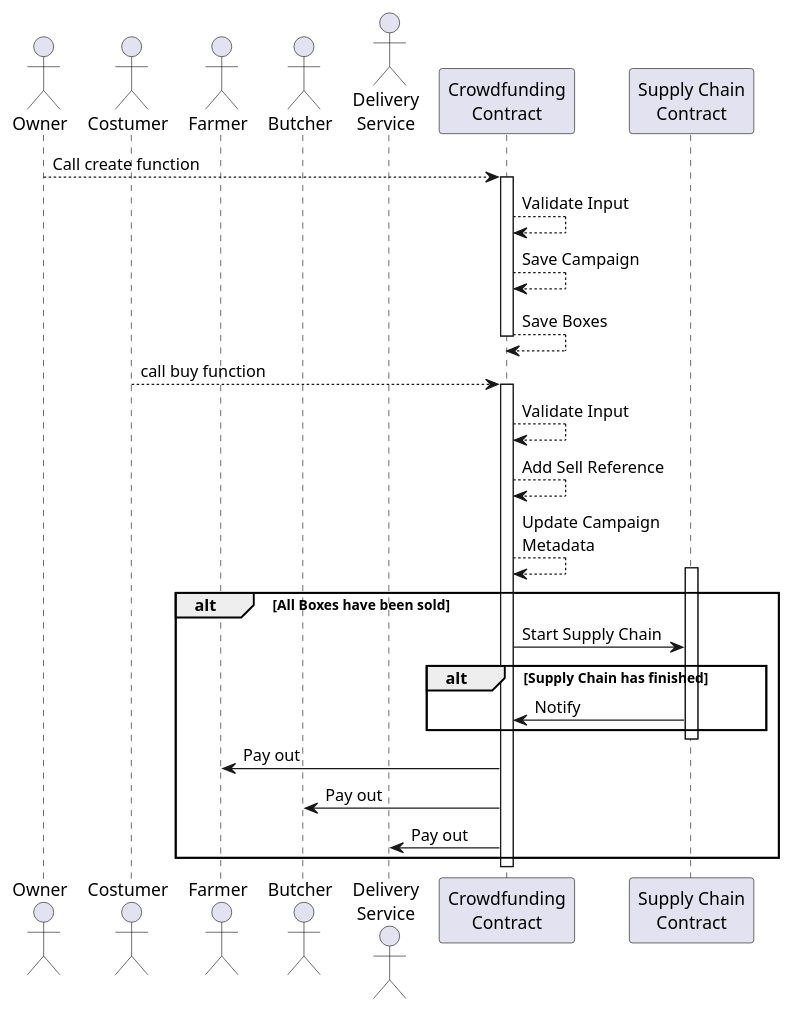
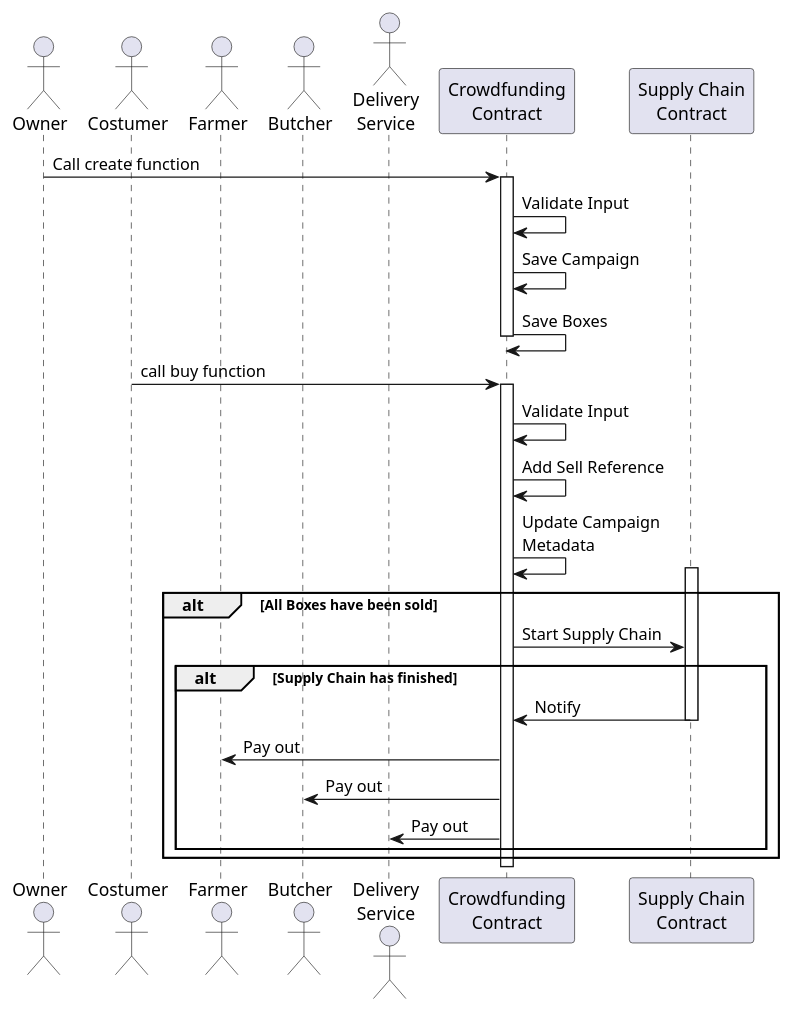
Before and after one commit to mstolin/146157_Blockchain: the diagram in docs/crowdfundingSequence.plantuml, drawn with PlantUML. The commit also changed 3 other files, not shown here.

Commit message:
Updated sequence diagrams

```diff
--- a/docs/crowdfundingSequence.plantuml
+++ b/docs/crowdfundingSequence.plantuml
@@ -1,37 +1,36 @@
 @startuml
 actor Owner as owner
 actor Costumer as customer
 actor Farmer as farmer
 actor Butcher as butcher
 actor "Delivery\nService" as delivery
 participant "Crowdfunding\nContract" as crowdContract
 participant "Supply Chain\nContract" as supplyContract
 
-owner --> crowdContract: Call create function
+owner -> crowdContract: Call create function
 activate crowdContract
-crowdContract --> crowdContract: Validate Input
-crowdContract --> crowdContract: Save Campaign
-crowdContract --> crowdContract: Save Boxes
+crowdContract -> crowdContract: Validate Input
+crowdContract -> crowdContract: Save Campaign
+crowdContract -> crowdContract: Save Boxes
 deactivate crowdContract
 
-customer --> crowdContract: call buy function
+customer -> crowdContract: call buy function
 activate crowdContract
-crowdContract --> crowdContract: Validate Input
-crowdContract --> crowdContract: Add Sell Reference
-crowdContract --> crowdContract: Update Campaign\nMetadata
+crowdContract -> crowdContract: Validate Input
+crowdContract -> crowdContract: Add Sell Reference
+crowdContract -> crowdContract: Update Campaign\nMetadata
 
 alt All Boxes have been sold
     activate supplyContract
     crowdContract -> supplyContract: Start Supply Chain
 
     alt Supply Chain has finished
         supplyContract -> crowdContract: Notify
+        deactivate supplyContract
+        crowdContract -> farmer: Pay out
+        crowdContract -> butcher: Pay out
+        crowdContract -> delivery: Pay out
     end
-    deactivate supplyContract
-
-    crowdContract -> farmer: Pay out
-    crowdContract -> butcher: Pay out
-    crowdContract -> delivery: Pay out
 end
 deactivate crowdContract
 @enduml
```
